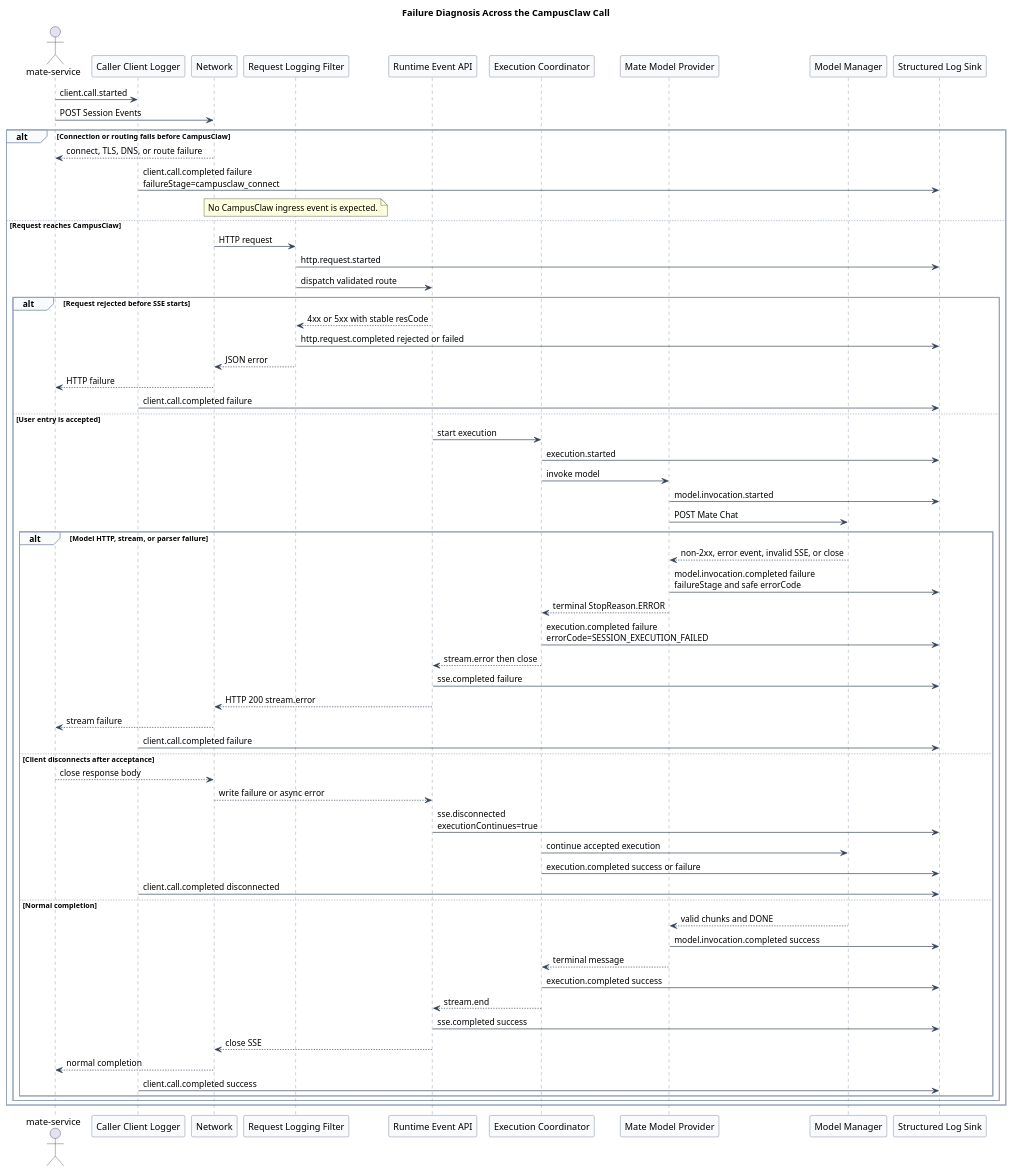
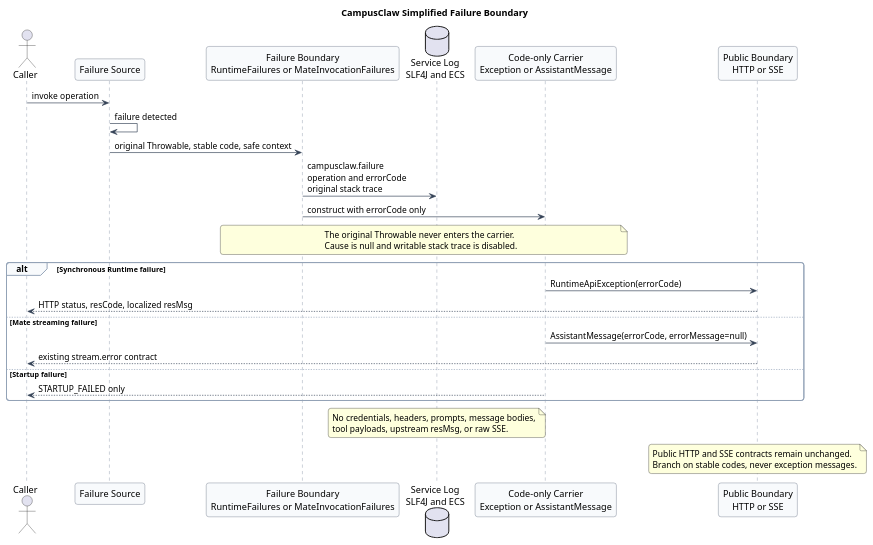
The diagram in campusclaw-invocation-logging/diagram.puml (ssm0808/pi-mono-java-design), drawn with PlantUML before and after one commit. The commit also changed other lines of this file and 6 other files, not shown here.

```diff
--- a/campusclaw-invocation-logging/diagram.puml
+++ b/campusclaw-invocation-logging/diagram.puml
@@ -130,93 +17,54 @@
-@startuml campusclaw_failure_logging_sequence
-title Failure Diagnosis Across the CampusClaw Call
-
-' Source evidence:
-' modules/ai/src/main/java/com/campusclaw/ai/provider/mate/MateChatSseParser.java:80-133, accept, fail, and parseChunk
-' modules/agent-core/src/main/java/com/campusclaw/agent/loop/AgentLoop.java:100-107, terminal ERROR breaks without throwing
-' modules/coding-agent-cli/src/main/java/com/campusclaw/codingagent/runtimeapi/event/RuntimeEventProjector.java:223-240, persistAssistant
-' modules/coding-agent-cli/src/main/java/com/campusclaw/codingagent/runtimeapi/event/RuntimeTerminalEventFactory.java:34-57, stream.error selection
-' Observed behavior: a model error can reach stream.error while RuntimeExecutionCoordinator receives no Throwable and therefore writes no failure log.
-' Architecture change: each boundary emits one start and one terminal event with a shared local diagnostic context and a stable failure stage.
-' Design reason: the absence and order of events must identify the failing boundary without logging payloads.
+@startuml campusclaw_failure_boundary
+title CampusClaw Simplified Failure Boundary
 
 skinparam backgroundColor #FFFFFF
 skinparam shadowing false
-skinparam defaultFontName Arial
+skinparam roundcorner 8
 skinparam sequence {
   ArrowColor #334155
   LifeLineBorderColor #64748B
   LifeLineBackgroundColor #F8FAFC
   ParticipantBorderColor #475569
   ParticipantBackgroundColor #F8FAFC
   GroupBorderColor #94A3B8
   GroupBackgroundColor #F8FAFC
 }
 
-actor "mate-service" as Caller
-participant "Caller Client Logger" as CallerLog
-participant "Network" as Network
-participant "Request Logging Filter" as Filter
-participant "Runtime Event API" as Api
-participant "Execution Coordinator" as Coordinator
-participant "Mate Model Provider" as Provider
-participant "Model Manager" as Manager
-participant "Structured Log Sink" as Logs
+actor Caller
+participant "Failure Source" as Source
+participant "Failure Boundary\nRuntimeFailures or MateInvocationFailures" as Boundary
+database "Service Log\nSLF4J and ECS" as Log
+participant "Code-only Carrier\nException or AssistantMessage" as Carrier
+participant "Public Boundary\nHTTP or SSE" as Public
 
-Caller -> CallerLog : client.call.started
-Caller -> Network : POST Session Events
+Caller -> Source : invoke operation
+Source -> Source : failure detected
+Source -> Boundary : original Throwable, stable code, safe context
+Boundary -> Log : campusclaw.failure\noperation and errorCode\noriginal stack trace
+Boundary -> Carrier : construct with errorCode only
 
-alt Connection or routing fails before CampusClaw
-  Network --> Caller : connect, TLS, DNS, or route failure
-  CallerLog -> Logs : client.call.completed failure\nfailureStage=campusclaw_connect
-  note over Filter
-  No CampusClaw ingress event is expected.
-  end note
-else Request reaches CampusClaw
-  Network -> Filter : HTTP request
-  Filter -> Logs : http.request.started
-  Filter -> Api : dispatch validated route
+note over Boundary, Carrier
+The original Throwable never enters the carrier.
+Cause is null and writable stack trace is disabled.
+end note
 
-  alt Request rejected before SSE starts
-    Api --> Filter : 4xx or 5xx with stable resCode
-    Filter -> Logs : http.request.completed rejected or failed
-    Filter --> Network : JSON error
-    Network --> Caller : HTTP failure
-    CallerLog -> Logs : client.call.completed failure
-  else User entry is accepted
-    Api -> Coordinator : start execution
-    Coordinator -> Logs : execution.started
-    Coordinator -> Provider : invoke model
-    Provider -> Logs : model.invocation.started
-    Provider -> Manager : POST Mate Chat
+alt Synchronous Runtime failure
+  Carrier -> Public : RuntimeApiException(errorCode)
+  Public --> Caller : HTTP status, resCode, localized resMsg
+else Mate streaming failure
+  Carrier -> Public : AssistantMessage(errorCode, errorMessage=null)
+  Public --> Caller : existing stream.error contract
+else Startup failure
+  Carrier --> Caller : STARTUP_FAILED only
+end
 
-    alt Model HTTP, stream, or parser failure
-      Manager --> Provider : non-2xx, error event, invalid SSE, or close
-      Provider -> Logs : model.invocation.completed failure\nfailureStage and safe errorCode
-      Provider --> Coordinator : terminal StopReason.ERROR
-      Coordinator -> Logs : execution.completed failure\nerrorCode=SESSION_EXECUTION_FAILED
-      Coordinator --> Api : stream.error then close
-      Api -> Logs : sse.completed failure
-      Api --> Network : HTTP 200 stream.error
-      Network --> Caller : stream failure
-      CallerLog -> Logs : client.call.completed failure
-    else Client disconnects after acceptance
-      Caller --> Network : close response body
-      Network --> Api : write failure or async error
-      Api -> Logs : sse.disconnected\nexecutionContinues=true
-      Coordinator -> Manager : continue accepted execution
-      Coordinator -> Logs : execution.completed success or failure
-      CallerLog -> Logs : client.call.completed disconnected
-    else Normal completion
-      Manager --> Provider : valid chunks and DONE
-      Provider -> Logs : model.invocation.completed success
-      Provider --> Coordinator : terminal message
-      Coordinator -> Logs : execution.completed success
-      Coordinator --> Api : stream.end
-      Api -> Logs : sse.completed success
-      Api --> Network : close SSE
-      Network --> Caller : normal completion
-      CallerLog -> Logs : client.call.completed success
-    end
-  end
-end
+note over Log
+No credentials, headers, prompts, message bodies,
+tool payloads, upstream resMsg, or raw SSE.
+end note
+
+note over Public
+Public HTTP and SSE contracts remain unchanged.
+Branch on stable codes, never exception messages.
+end note
 @enduml
```
